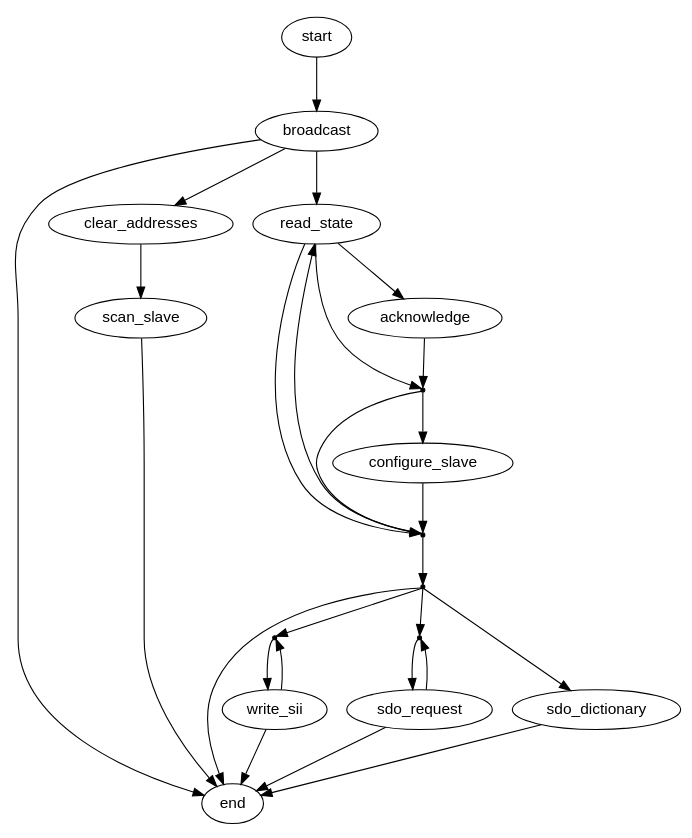
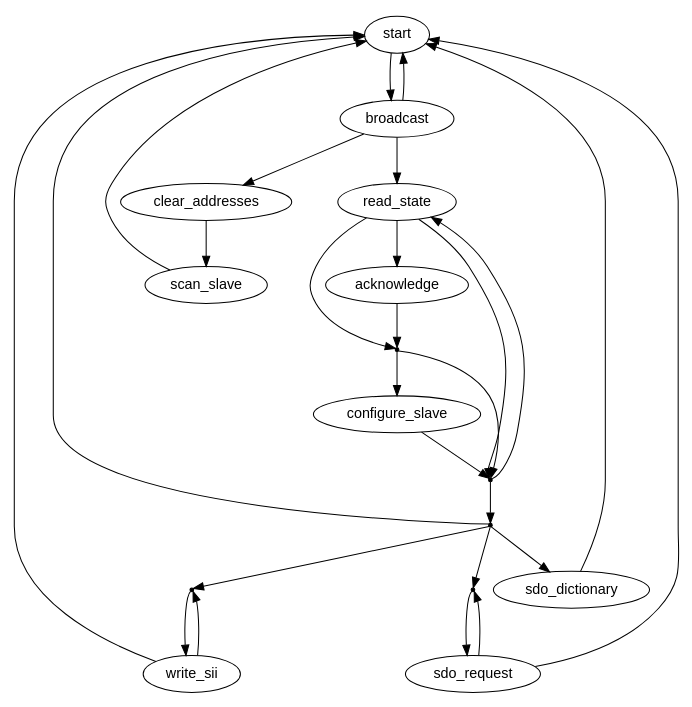
The diagram in documentation/graphs/fsm_master.dot (ribalda/ethercat), drawn with Graphviz before and after one commit. The commit also changed 4 other files, not shown here.

```diff
--- a/documentation/graphs/fsm_master.dot
+++ b/documentation/graphs/fsm_master.dot
@@ -1,66 +1,64 @@
 
 /* $Id$ */
 
 digraph master {
     size="7,9"
     center=1
 	ratio=fill
 
     start [fontname="Helvetica"]
     start -> broadcast [weight=10]
 
     broadcast [fontname="Helvetica"]
-    broadcast -> end
+    broadcast -> start
     broadcast -> clear_addresses
     broadcast -> read_state [weight=10]
 
     action_process_sii [shape=point,label=""]
     action_process_sii -> write_sii
 
     action_process_sdo [shape=point,label=""]
     action_process_sdo -> sdo_request
 
     action_idle [shape=point,label=""]
     action_idle -> action_process_sdo
     action_idle -> sdo_dictionary
     action_idle -> action_process_sii
-    action_idle -> end
+    action_idle -> start
 
     action_next_slave_state [shape=point,label=""]
     action_next_slave_state -> read_state
     action_next_slave_state -> action_idle [weight=10]
     
     action_configure [shape=point,label=""]
     action_configure -> configure_slave [weight=10]
     action_configure -> action_next_slave_state
 
     read_state [fontname="Helvetica"]
-    read_state -> acknowledge
-    read_state -> action_configure [weight=10]
+    read_state -> acknowledge [weight=10]
+    read_state -> action_configure
     read_state -> action_next_slave_state
 
     acknowledge [fontname="Helvetica"]
     acknowledge -> action_configure [weight=10]
 
     clear_addresses [fontname="Helvetica"]
     clear_addresses -> scan_slave [weight=10]
 
     scan_slave [fontname="Helvetica"]
-    scan_slave -> end
+    scan_slave -> start
 
     configure_slave [fontname="Helvetica"]
-    configure_slave -> action_next_slave_state [weight=10]
+    configure_slave -> action_next_slave_state
 
     write_sii [fontname="Helvetica"]
     write_sii -> action_process_sii
-    write_sii -> end
+    write_sii -> start
 
     sdo_dictionary [fontname="Helvetica"]
-    sdo_dictionary -> end
+    sdo_dictionary -> start
 
     sdo_request [fontname="Helvetica"]
     sdo_request -> action_process_sdo
-    sdo_request -> end
-
-    end [fontname="Helvetica"]
+    sdo_request -> start
 }
```
